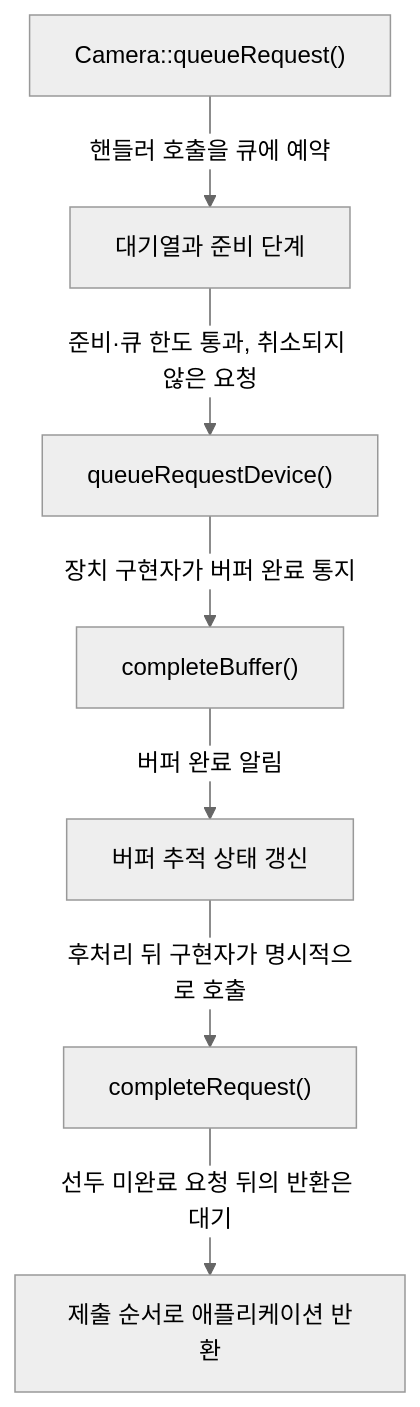
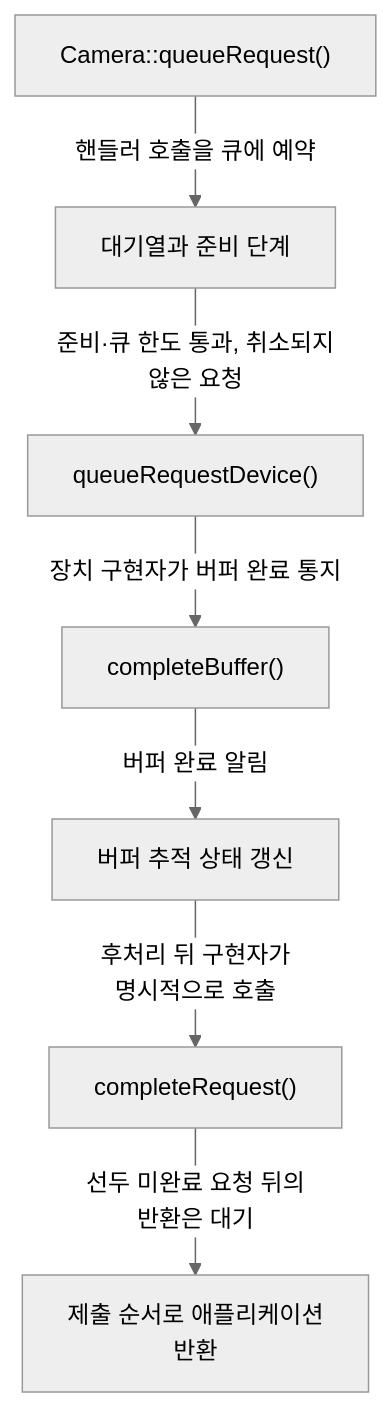
One commit to TTolsun/libcamera-sdd changed the second of 5 diagrams in docs/request-lifecycle.md. Above: the diagram before and after it, drawn with Mermaid (neutral theme). The commit also changed other lines of this file and 125 other files, not shown here.

````diff
--- a/docs/request-lifecycle.md
+++ b/docs/request-lifecycle.md
@@ -91,17 +102,17 @@
 ```mermaid
 flowchart TB
-%% sdd:translations {"Camera::queueRequest()": "Camera::queueRequest()", "completeBuffer()": "completeBuffer()", "completeRequest()": "completeRequest()", "queueRequestDevice()": "queueRequestDevice()", "대기열과 준비 단계": "Waiting queue and preparation", "버퍼 완료 알림": "Notify buffer completion", "버퍼 추적 상태 갱신": "Update buffer completion tracking", "선두 미완료 요청 뒤의 반환은 대기": "Wait behind an incomplete head request", "장치 구현자가 버퍼 완료 통지": "Device handler signals buffer completion", "제출 순서로 애플리케이션 반환": "Return to application in submission order", "준비·큐 한도 통과, 취소되지 않은 요청": "Prepared, within queue limit and not cancelled", "핸들러 호출을 큐에 예약": "Queue the handler invocation", "후처리 뒤 구현자가 명시적으로 호출": "Handler explicitly completes after remaining work"}
+%% sdd:translations {"Camera::queueRequest()": "Camera::queueRequest()", "completeBuffer()": "completeBuffer()", "completeRequest()": "completeRequest()", "queueRequestDevice()": "queueRequestDevice()", "대기열과 준비 단계": "Waiting queue and <br/>preparation", "버퍼 완료 알림": "Notify buffer completion", "버퍼 추적 상태 갱신": "Update buffer completion <br/>tracking", "선두 미완료 요청 뒤의 <br/>반환은 대기": "Wait behind an incomplete <br/>head request", "장치 구현자가 버퍼 완료 통지": "Device handler signals <br/>buffer completion", "제출 순서로 애플리케이션 <br/>반환": "Return to application in <br/>submission order", "준비·큐 한도 통과, 취소되지 <br/>않은 요청": "Prepared, within queue <br/>limit and not cancelled", "핸들러 호출을 큐에 예약": "Queue the handler invocation", "후처리 뒤 구현자가 <br/>명시적으로 호출": "Handler explicitly <br/>completes after remaining <br/>work"}
   v_queue["Camera::queueRequest()"]
   v_waiting["대기열과 준비 단계"]
   v_device["queueRequestDevice()"]
   v_buffer["completeBuffer()"]
   v_remaining["버퍼 추적 상태 갱신"]
   v_request["completeRequest()"]
-  v_application["제출 순서로 애플리케이션 반환"]
+  v_application["제출 순서로 애플리케이션 <br/>반환"]
   v_queue -->|"핸들러 호출을 큐에 예약"| v_waiting
-  v_waiting -->|"준비·큐 한도 통과, 취소되지 않은 요청"| v_device
+  v_waiting -->|"준비·큐 한도 통과, 취소되지 <br/>않은 요청"| v_device
   v_device -->|"장치 구현자가 버퍼 완료 통지"| v_buffer
   v_buffer -->|"버퍼 완료 알림"| v_remaining
-  v_remaining -->|"후처리 뒤 구현자가 명시적으로 호출"| v_request
-  v_request -->|"선두 미완료 요청 뒤의 반환은 대기"| v_application
+  v_remaining -->|"후처리 뒤 구현자가 <br/>명시적으로 호출"| v_request
+  v_request -->|"선두 미완료 요청 뒤의 <br/>반환은 대기"| v_application
 ```
````
